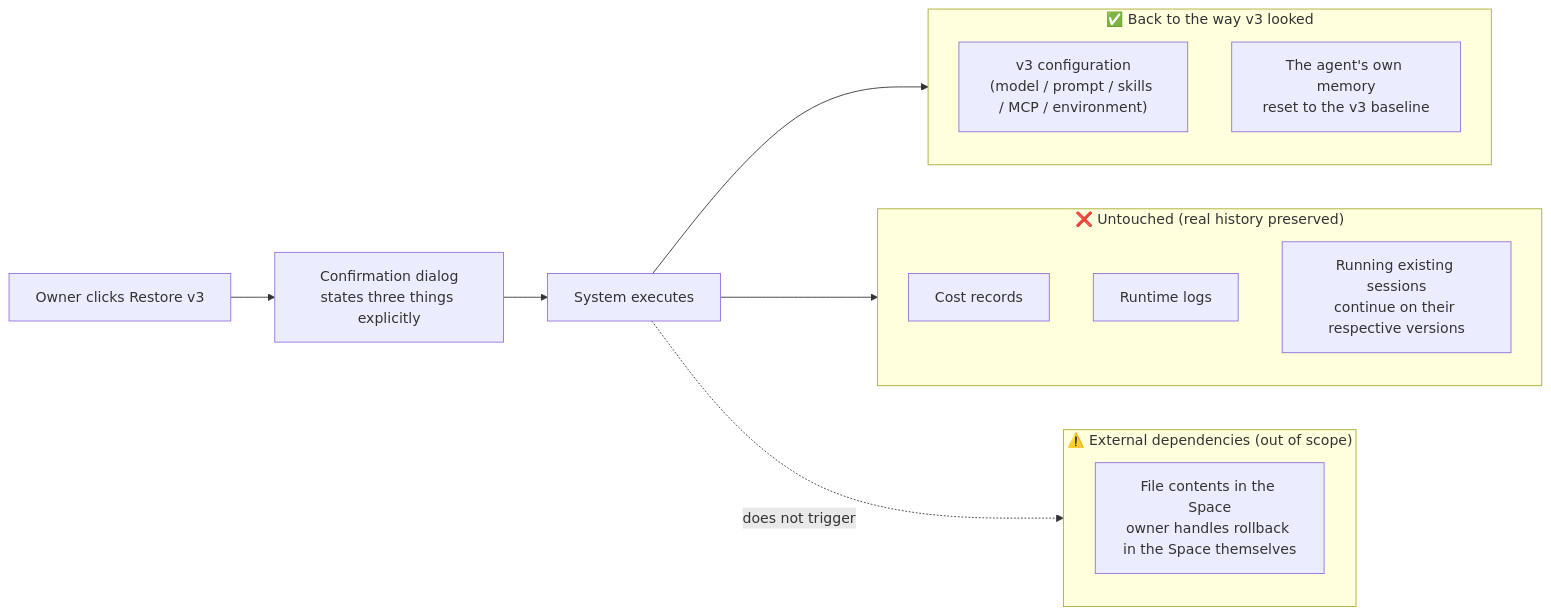
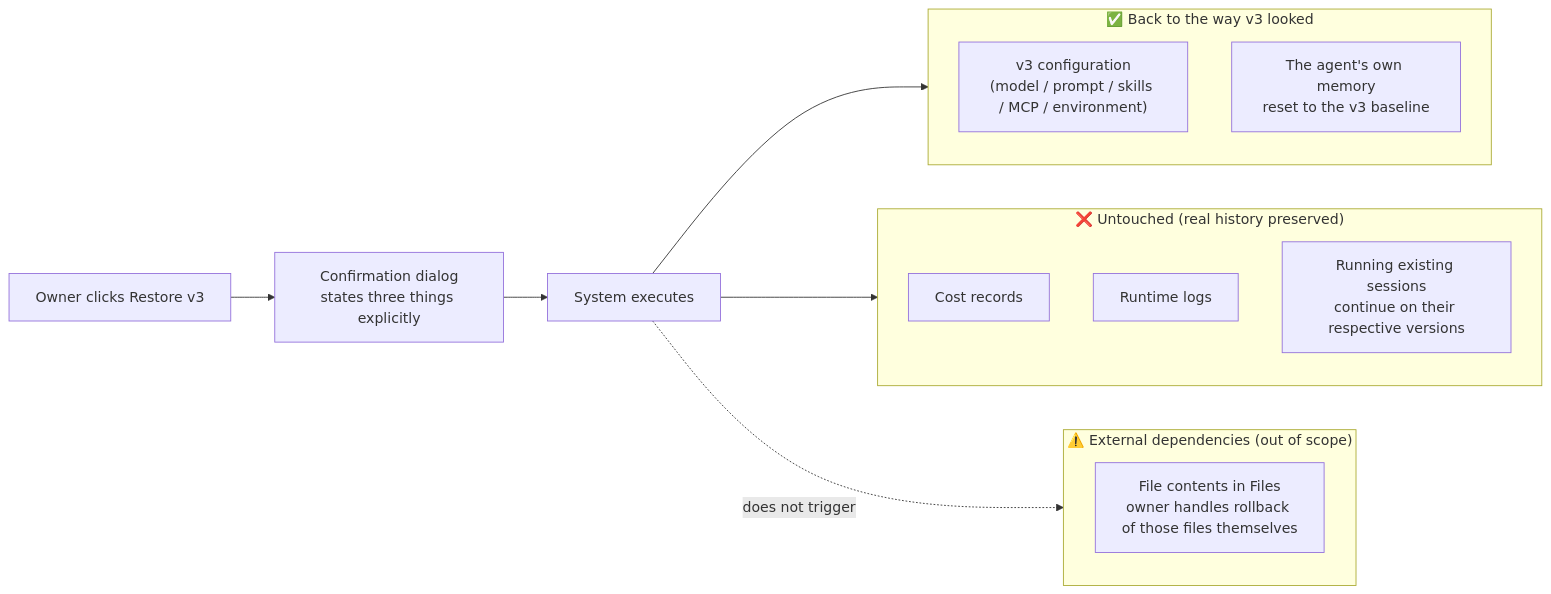
Before and after one commit to langgenius/mosoo: the first of 2 diagrams in docs/prd/agent-versions.md, drawn with Mermaid. The commit also changed other lines of this file and 14 other files, not shown here.

````diff
--- a/docs/prd/agent-versions.md
+++ b/docs/prd/agent-versions.md
@@ -78,24 +78,24 @@
 ```mermaid
 flowchart LR
   User["Owner clicks Restore v3"] --> Confirm["Confirmation dialog<br/>states three things explicitly"]
   Confirm --> System["System executes"]
 
   subgraph Restored["✅ Back to the way v3 looked"]
     Config["v3 configuration<br/>(model / prompt / skills / MCP / environment)"]
     AgentMem["The agent's own memory<br/>reset to the v3 baseline"]
   end
 
   subgraph Preserved["❌ Untouched (real history preserved)"]
     Cost["Cost records"]
     SystemLog["Runtime logs"]
     OldSess["Running existing sessions<br/>continue on their respective versions"]
   end
 
   subgraph External["⚠️ External dependencies (out of scope)"]
-    Space["File contents in the Space<br/>owner handles rollback in the Space themselves"]
+    Files["File contents in Files<br/>owner handles rollback of those files themselves"]
   end
 
   System --> Restored
   System --> Preserved
   System -.does not trigger.-> External
 ```
````
